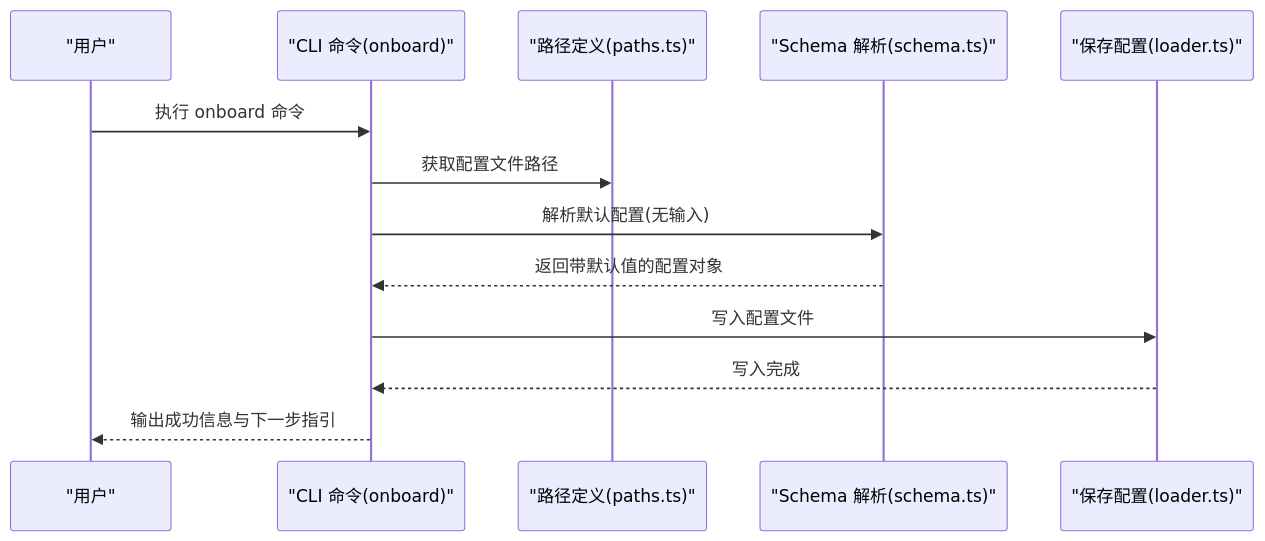
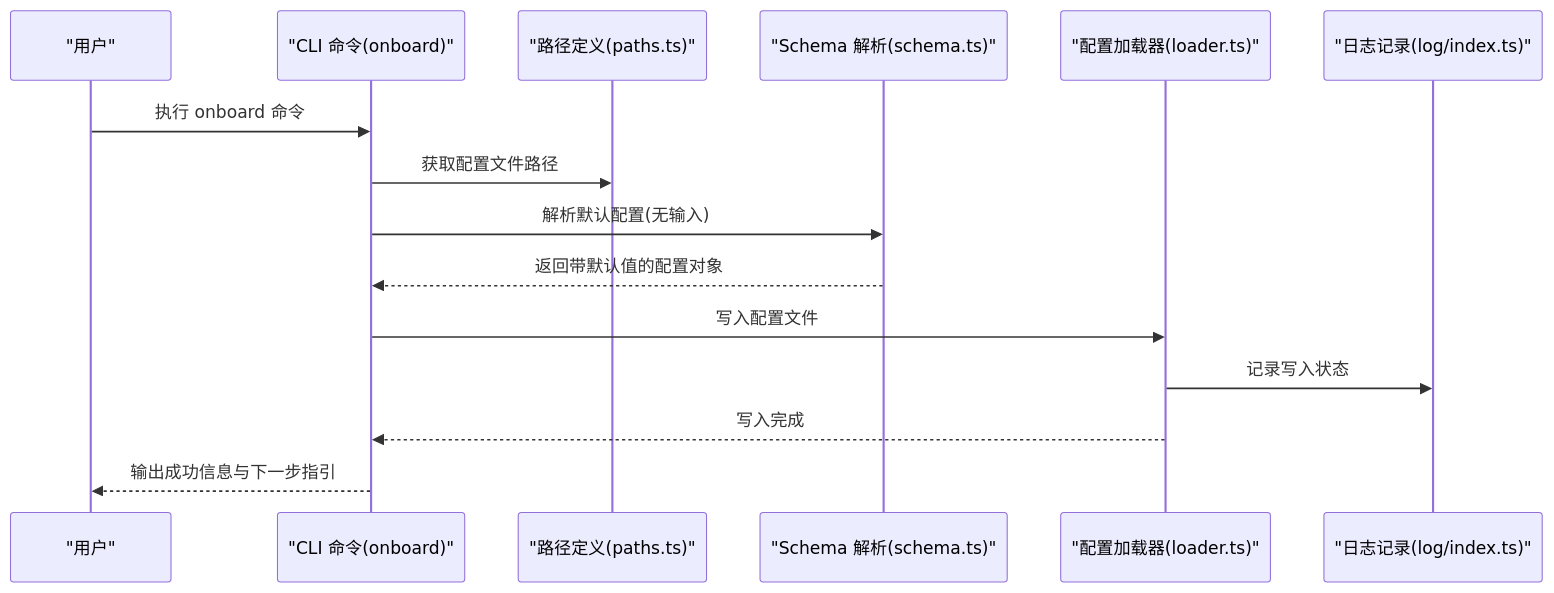
One commit to neciszhang/batbot changed the second of 4 diagrams in .qoder/repowiki/zh/content/配置系统/配置加载器.md. Above: the diagram before and after it, drawn with Mermaid. The commit also changed other lines of this file and 7 other files, not shown here.

````diff
--- a/.qoder/repowiki/zh/content/配置系统/配置加载器.md
+++ b/.qoder/repowiki/zh/content/配置系统/配置加载器.md
@@ -98,15 +106,17 @@
 ```mermaid
 sequenceDiagram
 participant U as "用户"
 participant CLI as "CLI 命令(onboard)"
 participant Paths as "路径定义(paths.ts)"
 participant Schema as "Schema 解析(schema.ts)"
-participant Loader as "保存配置(loader.ts)"
+participant Loader as "配置加载器(loader.ts)"
+participant Log as "日志记录(log/index.ts)"
 U->>CLI : 执行 onboard 命令
 CLI->>Paths : 获取配置文件路径
 CLI->>Schema : 解析默认配置(无输入)
 Schema-->>CLI : 返回带默认值的配置对象
 CLI->>Loader : 写入配置文件
+Loader->>Log : 记录写入状态
 Loader-->>CLI : 写入完成
 CLI-->>U : 输出成功信息与下一步指引
 ```
````
